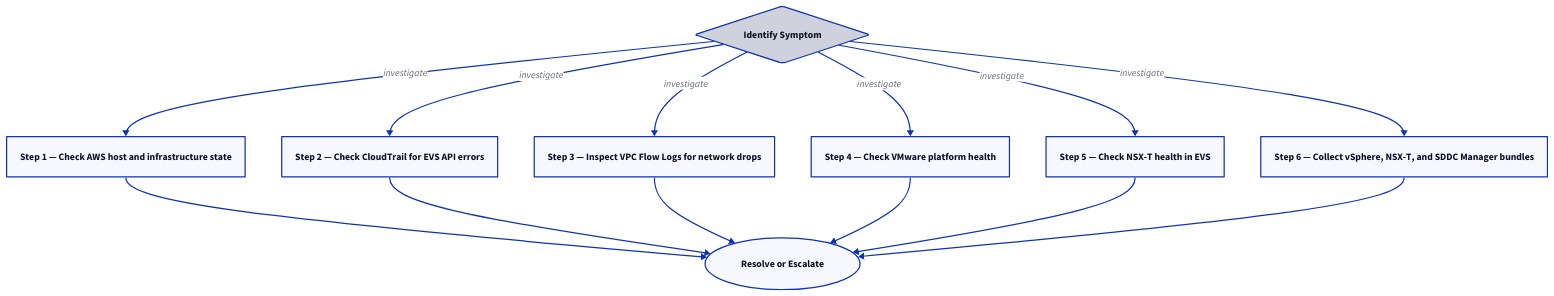
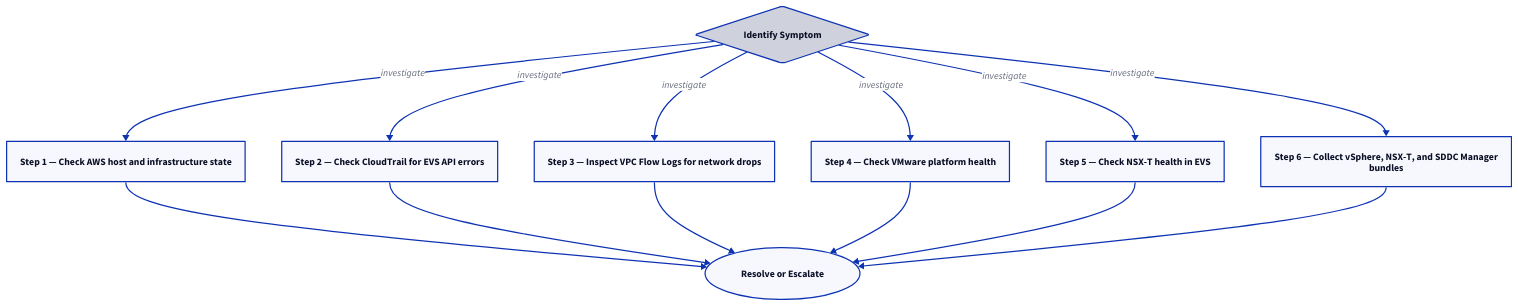
One commit to canast01/chris-kb changed the second of 2 diagrams in docs/cloud/aws/evs/troubleshooting/diagnostics.md. Above: the diagram before and after it, drawn with D2. The commit also changed other lines of this file and 192 other files, not shown here.

````diff
--- a/docs/cloud/aws/evs/troubleshooting/diagnostics.md
+++ b/docs/cloud/aws/evs/troubleshooting/diagnostics.md
@@ -63,25 +63,25 @@
 ```d2
 direction: down
 
 symptom: Identify Symptom {shape: diamond}
 step_1_check_aws_host_and_infrastruc: "Step 1 — Check AWS host and infrastructure state" {shape: rectangle}
 step_2_check_cloudtrail_for_evs_api_: "Step 2 — Check CloudTrail for EVS API errors" {shape: rectangle}
 step_3_inspect_vpc_flow_logs_for_net: "Step 3 — Inspect VPC Flow Logs for network drops" {shape: rectangle}
 step_4_check_vmware_platform_health: "Step 4 — Check VMware platform health" {shape: rectangle}
 step_5_check_nsxt_health_in_evs: "Step 5 — Check NSX-T health in EVS" {shape: rectangle}
-step_6_collect_vsphere_nsxt_and_sddc: "Step 6 — Collect vSphere, NSX-T, and SDDC Manager bundles" {shape: rectangle}
+step_6_collect_vsphere_nsxt_and_sddc: "Step 6 — Collect vSphere, NSX-T, and SDDC Manager\nbundles" {shape: rectangle}
 resolution: Resolve or Escalate {shape: oval}
 
 symptom -> step_1_check_aws_host_and_infrastruc: investigate
 symptom -> step_2_check_cloudtrail_for_evs_api_: investigate
 symptom -> step_3_inspect_vpc_flow_logs_for_net: investigate
 symptom -> step_4_check_vmware_platform_health: investigate
 symptom -> step_5_check_nsxt_health_in_evs: investigate
 symptom -> step_6_collect_vsphere_nsxt_and_sddc: investigate
 step_1_check_aws_host_and_infrastruc -> resolution
 step_2_check_cloudtrail_for_evs_api_ -> resolution
 step_3_inspect_vpc_flow_logs_for_net -> resolution
 step_4_check_vmware_platform_health -> resolution
 step_5_check_nsxt_health_in_evs -> resolution
 step_6_collect_vsphere_nsxt_and_sddc -> resolution
 ```
````
